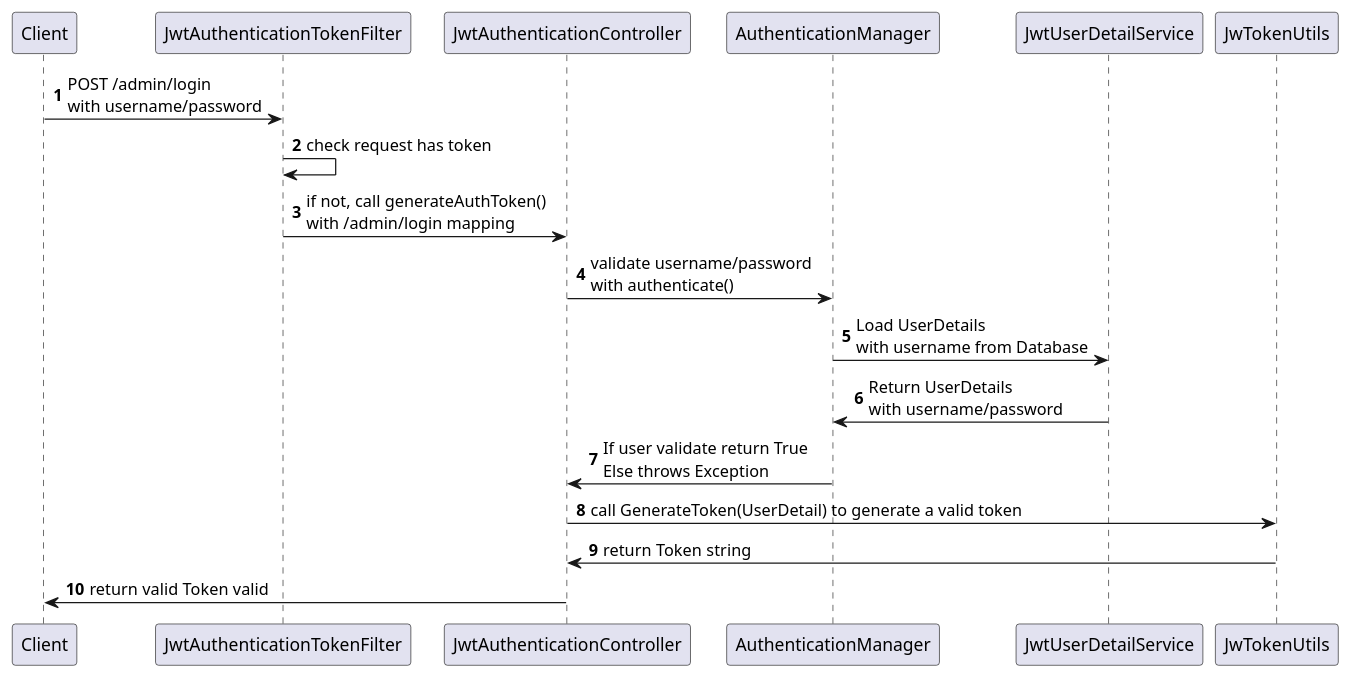
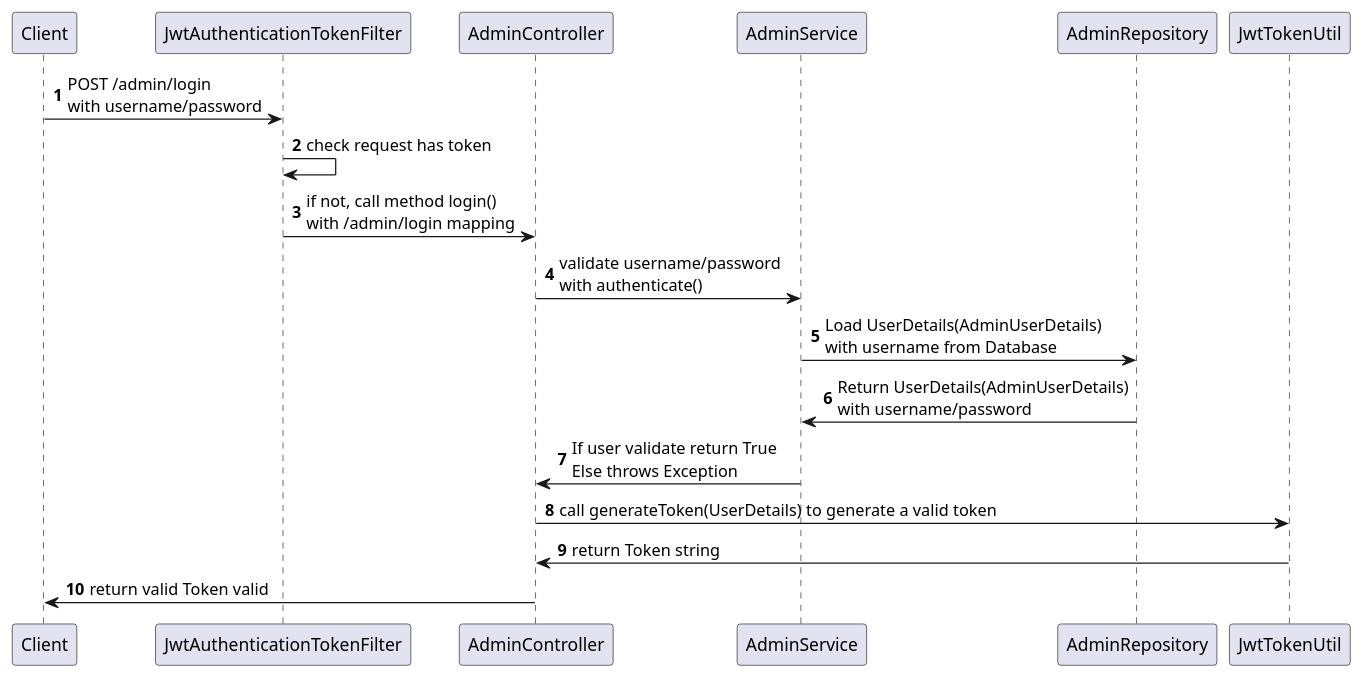
One commit to truongvantuan/gg-admin changed the diagram in diagram/generating-jwt.puml. Above: the diagram before and after it, drawn with PlantUML. The commit also changed 17 other files, not shown here.

```diff
--- a/diagram/generating-jwt.puml
+++ b/diagram/generating-jwt.puml
@@ -1,15 +1,15 @@
 @startuml
 autonumber
 
 Client -> JwtAuthenticationTokenFilter : POST /admin/login \nwith username/password
 JwtAuthenticationTokenFilter -> JwtAuthenticationTokenFilter : check request has token
-JwtAuthenticationTokenFilter -> JwtAuthenticationController : if not, call generateAuthToken()\nwith /admin/login mapping
-JwtAuthenticationController -> AuthenticationManager : validate username/password\nwith authenticate()
-AuthenticationManager -> JwtUserDetailService : Load UserDetails\nwith username from Database
-JwtUserDetailService -> AuthenticationManager : Return UserDetails\nwith username/password
-AuthenticationManager -> JwtAuthenticationController : If user validate return True\nElse throws Exception
-JwtAuthenticationController -> JwTokenUtils : call GenerateToken(UserDetail) to generate a valid token
-JwTokenUtils -> JwtAuthenticationController : return Token string
-JwtAuthenticationController -> Client : return valid Token valid
+JwtAuthenticationTokenFilter -> AdminController : if not, call method login()\nwith /admin/login mapping
+AdminController -> AdminService : validate username/password\nwith authenticate()
+AdminService -> AdminRepository : Load UserDetails(AdminUserDetails)\nwith username from Database
+AdminRepository -> AdminService : Return UserDetails(AdminUserDetails)\nwith username/password
+AdminService -> AdminController : If user validate return True\nElse throws Exception
+AdminController -> JwtTokenUtil : call generateToken(UserDetails) to generate a valid token
+JwtTokenUtil -> AdminController : return Token string
+AdminController -> Client : return valid Token valid
 
 @enduml
```
